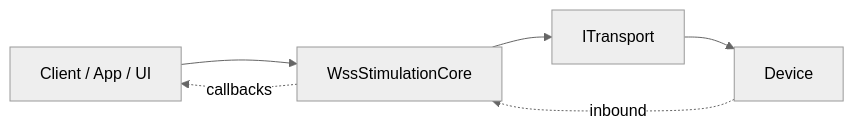
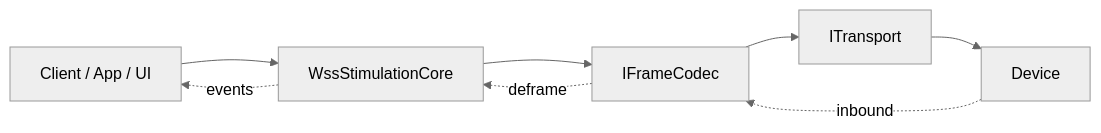
One commit to cwru-non-academic/WSS_Documentation changed the first of 4 diagrams in apiDocs/conceptual/layering-guide.md. Above: the diagram before and after it, drawn with Mermaid (neutral theme). The commit also changed other lines of this file and 10 other files, not shown here.

Commit message:
updated diagrams to avoid syntax error and improve details

````diff
--- a/apiDocs/conceptual/layering-guide.md
+++ b/apiDocs/conceptual/layering-guide.md
@@ -7,8 +7,8 @@
 ```mermaid
 flowchart LR
   App[Client / App / UI] --> Core[WssStimulationCore]
-  Core --> Transport[ITransport]
+  Core --> Codec[IFrameCodec]
+  Codec --> Transport[ITransport]
   Transport --> Device[Device]
-  Device -. inbound .-> Core
-  Core -. callbacks .-> App
+  Device -. inbound .-> Codec -. deframe .-> Core -. events .-> App
 ```
````
